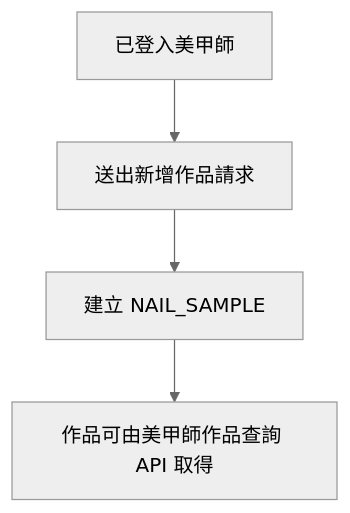
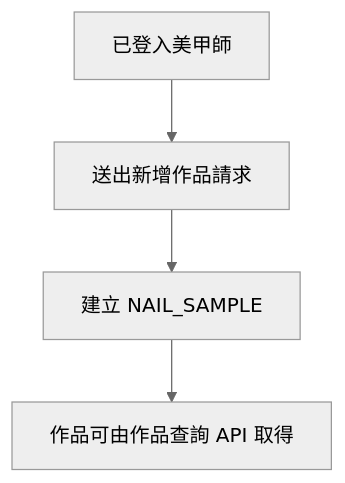
Before and after one commit to azsxdc5595/nail-saas-backend: the second of 3 diagrams in docs/05_UserFlow/Core-Flows.md, drawn with Mermaid (neutral theme). The commit also changed other lines of this file and 9 other files, not shown here.

````diff
--- a/docs/05_UserFlow/Core-Flows.md
+++ b/docs/05_UserFlow/Core-Flows.md
@@ -20,6 +89,11 @@
 ```mermaid
 flowchart TD
-  A[已登入美甲師] --> B[送出新增作品請求]
-  B --> C[建立 NAIL_SAMPLE]
-  C --> D[作品可由美甲師作品查詢 API 取得]
+    A[已登入美甲師]
+    B[送出新增作品請求]
+    C[建立 NAIL_SAMPLE]
+    D[作品可由作品查詢 API 取得]
+
+    A --> B
+    B --> C
+    C --> D
 ```
````
